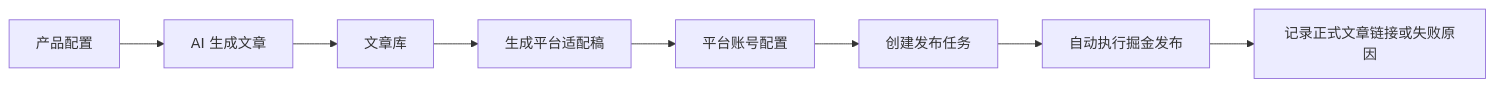
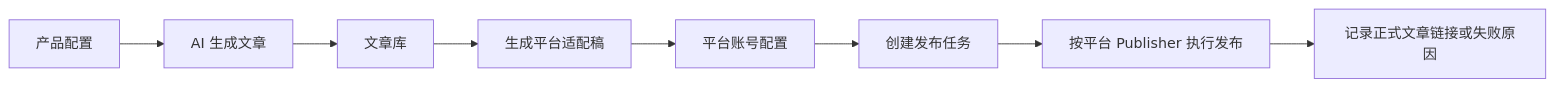
Before and after one commit to cu-min/contentpilot-ai: the diagram in README.md, drawn with Mermaid. The commit also changed other lines of this file and 8 other files, not shown here.

````diff
--- a/README.md
+++ b/README.md
@@ -160,10 +169,10 @@
 ```mermaid
 flowchart LR
     A[产品配置] --> B[AI 生成文章]
     B --> C[文章库]
     C --> D[生成平台适配稿]
     D --> E[平台账号配置]
     E --> F[创建发布任务]
-    F --> G[自动执行掘金发布]
+    F --> G[按平台 Publisher 执行发布]
     G --> H[记录正式文章链接或失败原因]
 ```
````
